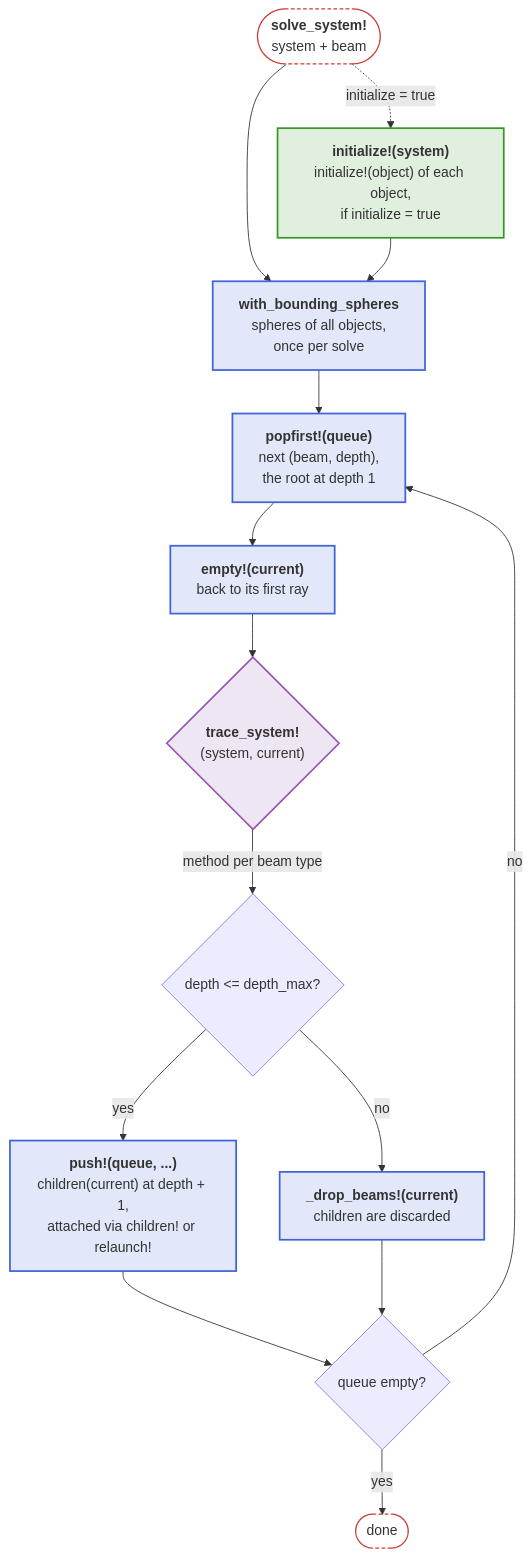
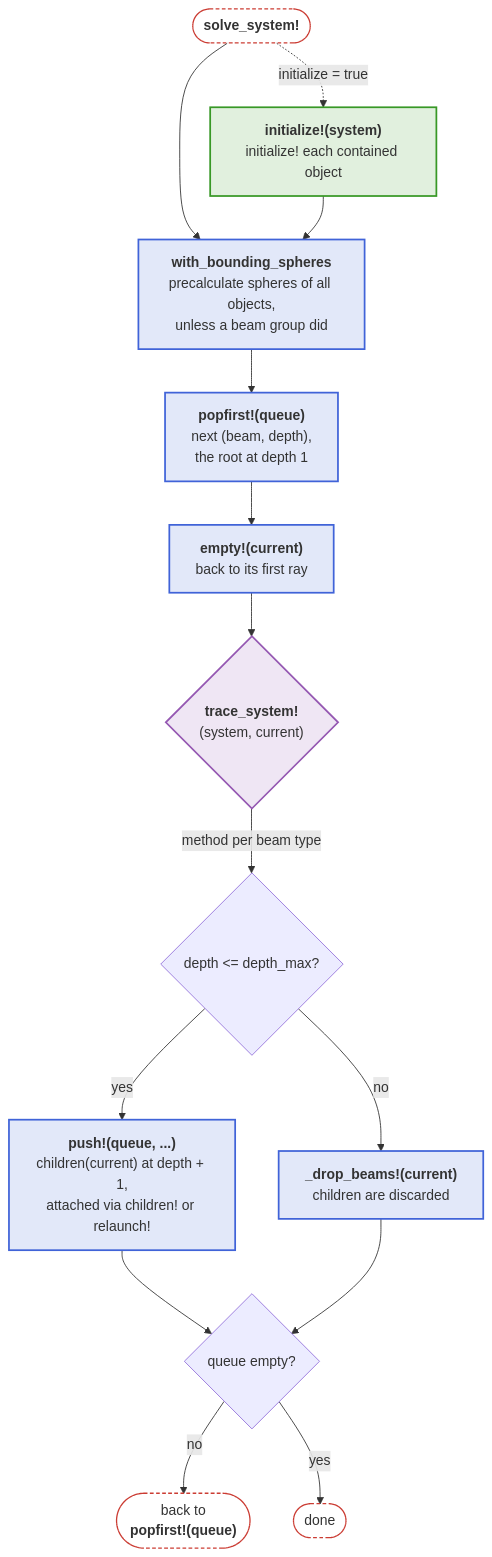
The fifth of 6 diagrams in docs/src/api/core.md (JuliaPhysics/BeamletOptics.jl), drawn with Mermaid before and after one commit. The commit also changed other lines of this file and 94 other files, not shown here.

````diff
--- a/docs/src/api/core.md
+++ b/docs/src/api/core.md
@@ -251,33 +248,34 @@
 ```mermaid
 flowchart TB
-    S(["<b>solve_system!</b><br/>system + beam"])
-    INI["<b>initialize!(system)</b><br/>initialize!(object) of each object,<br/>if initialize = true"]
-    BS["<b>with_bounding_spheres</b><br/>spheres of all objects,<br/>once per solve"]
+    S(["<b>solve_system!</b>"])
+    INI["<b>initialize!(system)</b><br/>initialize! each contained object"]
+    BS["<b>with_bounding_spheres</b><br/>precalculate spheres of all objects,<br/>unless a beam group did"]
     Q["<b>popfirst!(queue)</b><br/>next (beam, depth),<br/>the root at depth 1"]
     EM["<b>empty!(current)</b><br/>back to its first ray"]
     TS{"<b>trace_system!</b><br/>(system, current)"}
     D{"depth #lt;= depth_max?"}
     ENQ["<b>push!(queue, ...)</b><br/>children(current) at depth + 1,<br/>attached via children! or relaunch!"]
     DROP["<b>_drop_beams!(current)</b><br/>children are discarded"]
     QE{"queue empty?"}
+    BQ(["back to<br/><b>popfirst!(queue)</b>"])
     E([done])
 
     S -. "initialize = true" .-> INI
     S --> BS
     INI --> BS
     BS --> Q --> EM --> TS
     TS -- "method per beam type" --> D
     D -- yes --> ENQ --> QE
     D -- no --> DROP --> QE
-    QE -- no --> Q
+    QE -- no --> BQ
     QE -- yes --> E
 
     classDef blue fill:#4063D826,stroke:#4063D8,stroke-width:2px
     classDef green fill:#38982626,stroke:#389826,stroke-width:2px
     classDef purple fill:#9558B226,stroke:#9558B2,stroke-width:2px
     classDef terminal fill:transparent,stroke:#CB3C33,stroke-width:1.5px,stroke-dasharray:4 3
     class BS,Q,EM,ENQ,DROP blue
     class INI green
     class TS purple
-    class S,E terminal
+    class S,E,BQ terminal
 ```
````
